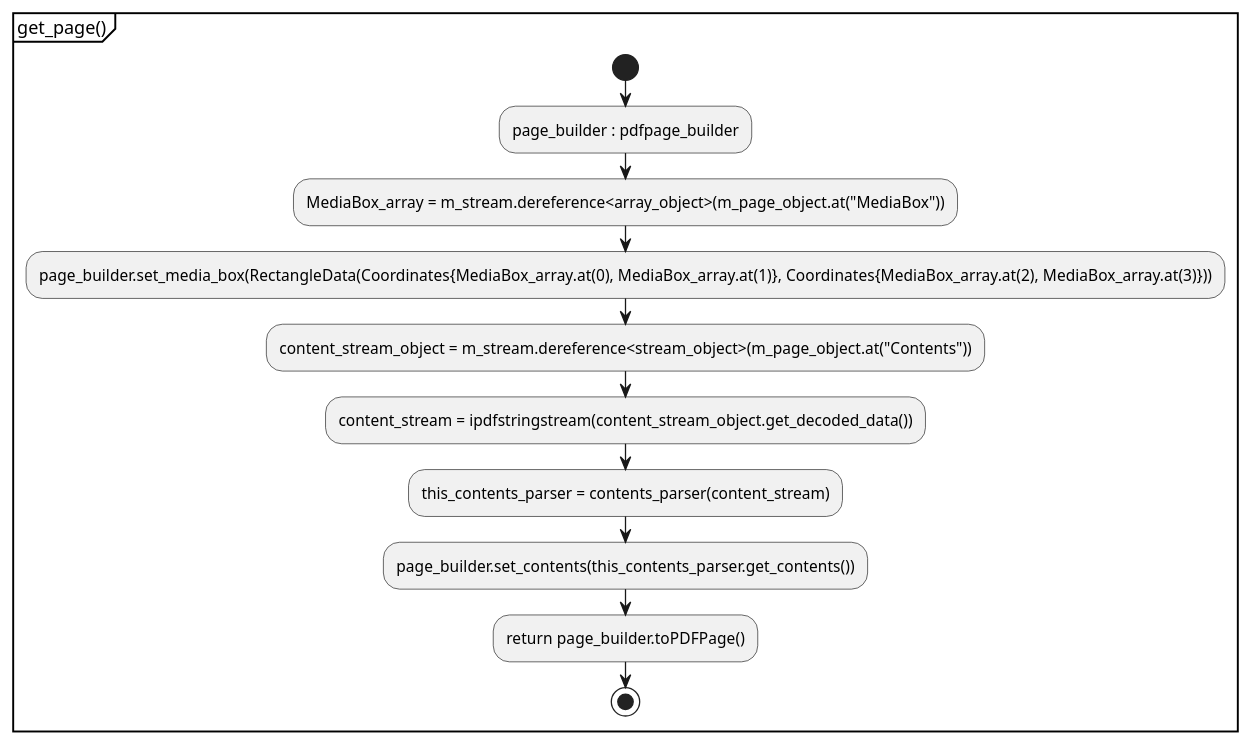
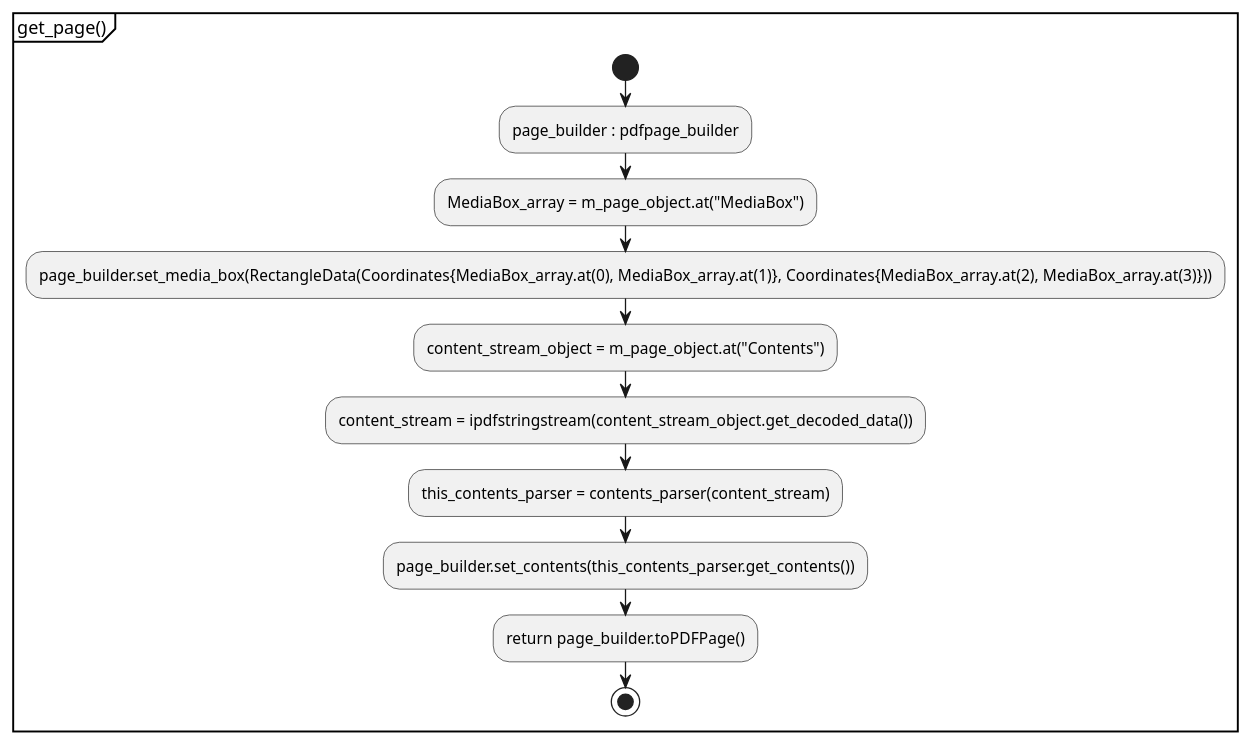
Before and after one commit to KodaiYM/PDFReader: the second of 2 diagrams in document/document_reader/page_tree_parser/page_parser/page_parser.activity.pu, drawn with PlantUML. The commit also changed 74 other files, not shown here.

```diff
--- a/document/document_reader/page_tree_parser/page_parser/page_parser.activity.pu
+++ b/document/document_reader/page_tree_parser/page_parser/page_parser.activity.pu
@@ -10,19 +10,19 @@
 @startuml get_page
 partition "get_page()" {
 start
 	:page_builder : pdfpage_builder;
 
 	' Get MediaBox
-	:MediaBox_array = m_stream.dereference<array_object>(m_page_object.at("MediaBox"));
+	:MediaBox_array = m_page_object.at("MediaBox");
 	:page_builder.set_media_box(RectangleData(Coordinates{MediaBox_array.at(0), MediaBox_array.at(1)}, Coordinates{MediaBox_array.at(2), MediaBox_array.at(3)}));
 
 	' Get Contents
-	:content_stream_object = m_stream.dereference<stream_object>(m_page_object.at("Contents"));
+	:content_stream_object = m_page_object.at("Contents");
 	:content_stream = ipdfstringstream(content_stream_object.get_decoded_data());
 	:this_contents_parser = contents_parser(content_stream);
 	:page_builder.set_contents(this_contents_parser.get_contents());
 
 	:return page_builder.toPDFPage();
 stop
 }
 @enduml
```
